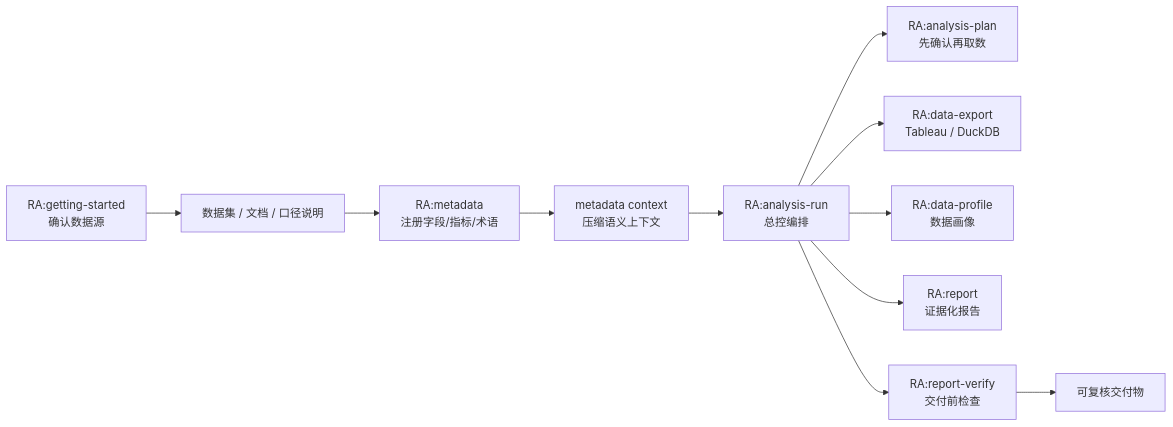
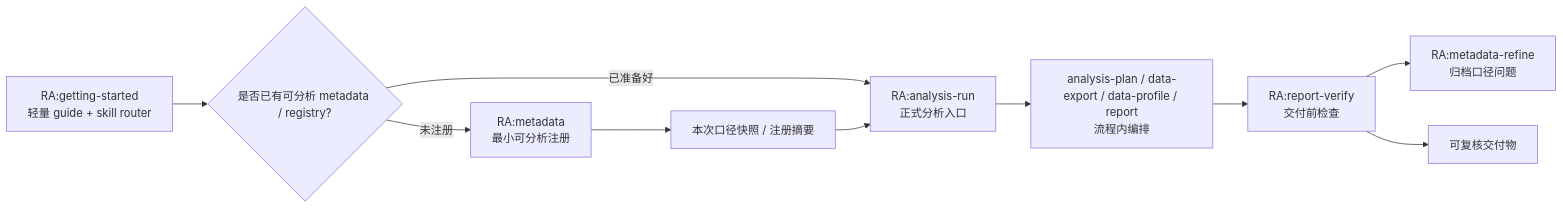
The diagram in README.md (dabaige53/RealAnalyst), drawn with Mermaid before and after one commit. The commit also changed other lines of this file and 30 other files, not shown here.

Commit message:
Refine RealAnalyst skill routing and core docs

````diff
--- a/README.md
+++ b/README.md
@@ -55,13 +89,12 @@
 ```mermaid
 flowchart LR
-    GS[RA:getting-started<br/>确认数据源] --> Source[数据集 / 文档 / 口径说明]
-    Source --> M[RA:metadata<br/>注册字段/指标/术语]
-    M --> C[metadata context<br/>压缩语义上下文]
-    C --> AR[RA:analysis-run<br/>总控编排]
-    AR --> P[RA:analysis-plan<br/>先确认再取数]
-    AR --> E[RA:data-export<br/>Tableau / DuckDB]
-    AR --> D[RA:data-profile<br/>数据画像]
-    AR --> R[RA:report<br/>证据化报告]
-    AR --> V[RA:report-verify<br/>交付前检查]
+    GS[RA:getting-started<br/>轻量 guide + skill router] --> Choice{是否已有可分析 metadata / registry?}
+    Choice -->|未注册| M[RA:metadata<br/>最小可分析注册]
+    Choice -->|已准备好| AR[RA:analysis-run<br/>正式分析入口]
+    M --> Snapshot[本次口径快照 / 注册摘要]
+    Snapshot --> AR
+    AR --> Flow[analysis-plan / data-export / data-profile / report<br/>流程内编排]
+    Flow --> V[RA:report-verify<br/>交付前检查]
+    V --> REF[RA:metadata-refine<br/>归档口径问题]
     V --> O[可复核交付物]
 ```
````
